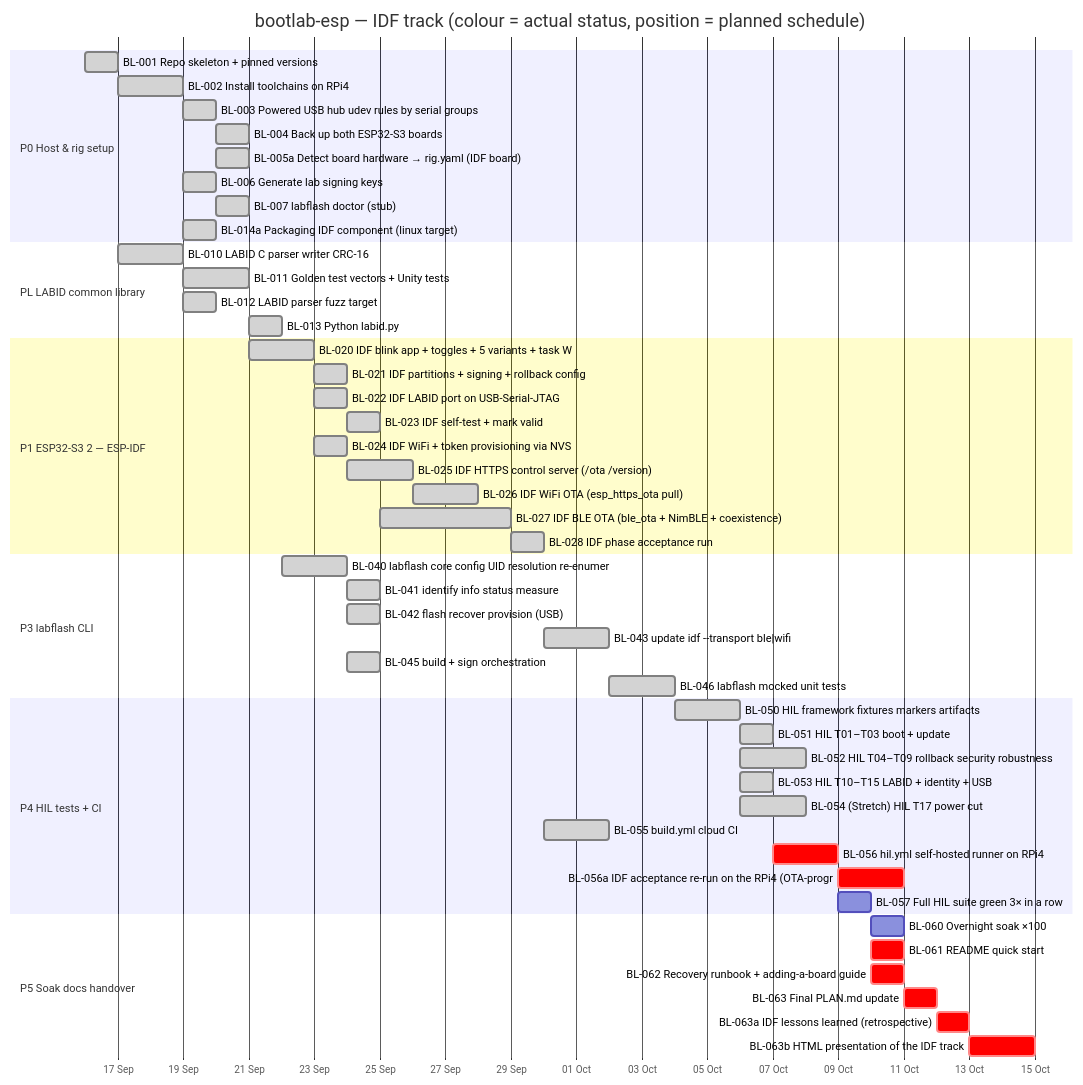
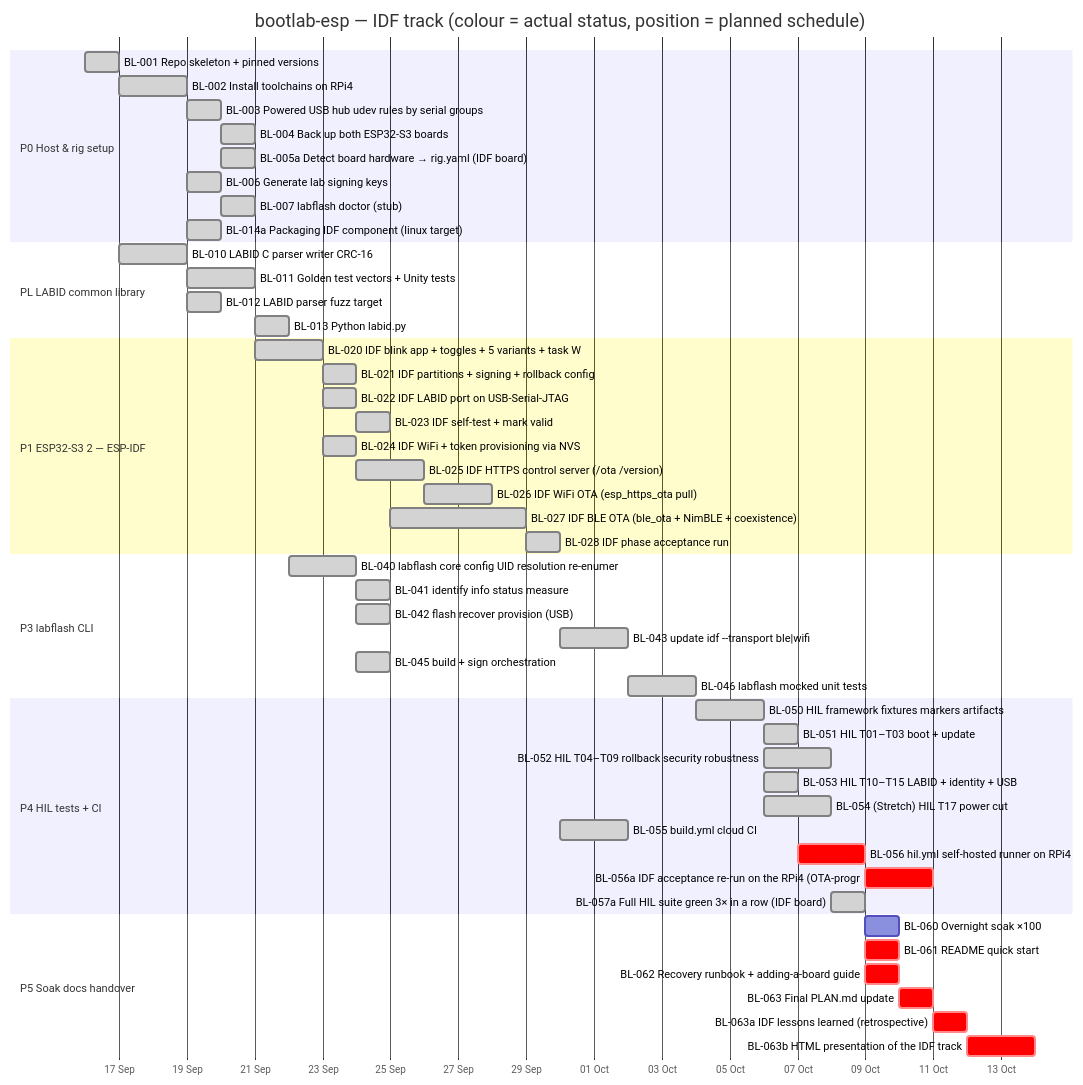
The first of 2 diagrams in tickets/GANTT.md (mohamed-soubhi/bootlab-esp), drawn with Mermaid before and after one commit. The commit also changed other lines of this file and 13 other files, not shown here.

````diff
--- a/tickets/GANTT.md
+++ b/tickets/GANTT.md
@@ -25,55 +25,55 @@
 ```mermaid
 gantt
     title bootlab-esp — IDF track (colour = actual status, position = planned schedule)
     dateFormat YYYY-MM-DD
     axisFormat %d %b
     todayMarker stroke-width:3px,stroke:#f80,opacity:0.7
     section P0 Host & rig setup
     BL-001 Repo skeleton + pinned versions :done, bl001, 2026-09-16, 1d
     BL-002 Install toolchains on RPi4 :done, bl002, 2026-09-17, 2d
     BL-003 Powered USB hub udev rules by serial groups :done, bl003, 2026-09-19, 1d
     BL-004 Back up both ESP32-S3 boards :done, bl004, 2026-09-20, 1d
     BL-005a Detect board hardware → rig.yaml (IDF board) :done, bl005a, 2026-09-20, 1d
     BL-006 Generate lab signing keys :done, bl006, 2026-09-19, 1d
     BL-007 labflash doctor (stub) :done, bl007, 2026-09-20, 1d
     BL-014a Packaging IDF component (linux target) :done, bl014a, 2026-09-19, 1d
     section PL LABID common library
     BL-010 LABID C parser writer CRC-16 :done, bl010, 2026-09-17, 2d
     BL-011 Golden test vectors + Unity tests :done, bl011, 2026-09-19, 2d
     BL-012 LABID parser fuzz target :done, bl012, 2026-09-19, 1d
     BL-013 Python labid.py :done, bl013, 2026-09-21, 1d
     section P1 ESP32-S3 2 — ESP-IDF
     BL-020 IDF blink app + toggles + 5 variants + task W :done, bl020, 2026-09-21, 2d
     BL-021 IDF partitions + signing + rollback config :done, bl021, 2026-09-23, 1d
     BL-022 IDF LABID port on USB-Serial-JTAG :done, bl022, 2026-09-23, 1d
     BL-023 IDF self-test + mark valid :done, bl023, 2026-09-24, 1d
     BL-024 IDF WiFi + token provisioning via NVS :done, bl024, 2026-09-23, 1d
     BL-025 IDF HTTPS control server (/ota /version) :done, bl025, 2026-09-24, 2d
     BL-026 IDF WiFi OTA (esp_https_ota pull) :done, bl026, 2026-09-26, 2d
     BL-027 IDF BLE OTA (ble_ota + NimBLE + coexistence) :done, bl027, 2026-09-25, 4d
     BL-028 IDF phase acceptance run :done, bl028, 2026-09-29, 1d
     section P3 labflash CLI
     BL-040 labflash core config UID resolution re-enumer :done, bl040, 2026-09-22, 2d
     BL-041 identify info status measure :done, bl041, 2026-09-24, 1d
     BL-042 flash recover provision (USB) :done, bl042, 2026-09-24, 1d
     BL-043 update idf --transport ble|wifi :done, bl043, 2026-09-30, 2d
     BL-045 build + sign orchestration :done, bl045, 2026-09-24, 1d
     BL-046 labflash mocked unit tests :done, bl046, 2026-10-02, 2d
     section P4 HIL tests + CI
     BL-050 HIL framework fixtures markers artifacts :done, bl050, 2026-10-04, 2d
     BL-051 HIL T01–T03 boot + update :done, bl051, 2026-10-06, 1d
     BL-052 HIL T04–T09 rollback security robustness :done, bl052, 2026-10-06, 2d
     BL-053 HIL T10–T15 LABID + identity + USB :done, bl053, 2026-10-06, 1d
     BL-054 (Stretch) HIL T17 power cut :done, bl054, 2026-10-06, 2d
     BL-055 build.yml cloud CI :done, bl055, 2026-09-30, 2d
     BL-056 hil.yml self-hosted runner on RPi4 :crit, bl056, 2026-10-07, 2d
     BL-056a IDF acceptance re-run on the RPi4 (OTA-progr :crit, bl056a, 2026-10-09, 2d
-    BL-057 Full HIL suite green 3× in a row :bl057, 2026-10-09, 1d
+    BL-057a Full HIL suite green 3× in a row (IDF board) :done, bl057a, 2026-10-08, 1d
     section P5 Soak docs handover
-    BL-060 Overnight soak ×100 :bl060, 2026-10-10, 1d
-    BL-061 README quick start :crit, bl061, 2026-10-10, 1d
-    BL-062 Recovery runbook + adding-a-board guide :crit, bl062, 2026-10-10, 1d
-    BL-063 Final PLAN.md update :crit, bl063, 2026-10-11, 1d
-    BL-063a IDF lessons learned (retrospective) :crit, bl063a, 2026-10-12, 1d
-    BL-063b HTML presentation of the IDF track :crit, bl063b, 2026-10-13, 2d
+    BL-060 Overnight soak ×100 :bl060, 2026-10-09, 1d
+    BL-061 README quick start :crit, bl061, 2026-10-09, 1d
+    BL-062 Recovery runbook + adding-a-board guide :crit, bl062, 2026-10-09, 1d
+    BL-063 Final PLAN.md update :crit, bl063, 2026-10-10, 1d
+    BL-063a IDF lessons learned (retrospective) :crit, bl063a, 2026-10-11, 1d
+    BL-063b HTML presentation of the IDF track :crit, bl063b, 2026-10-12, 2d
 ```
````
